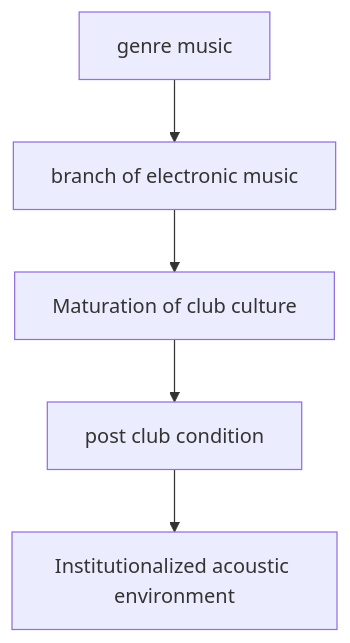
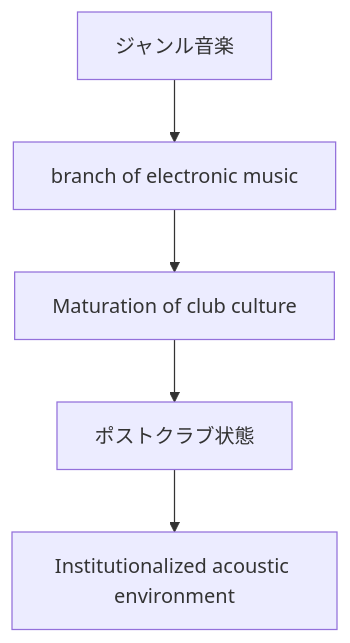
Diagram 11 of 11 in en/_posts/2026-06-30-column-influential-album-02.md (monumental-movement/monumental-movement.github.io), drawn with Mermaid before and after one commit. The commit also changed other lines of this file and 1012 other files, not shown here.

```diff
--- a/en/_posts/2026-06-30-column-influential-album-02.md
+++ b/en/_posts/2026-06-30-column-influential-album-02.md
@@ -1253,11 +1253,11 @@
 <div class="mermaid">
 flowchart TD
-A[genre music]
+A[ジャンル音楽]
 B[branch of electronic music]
 C[Maturation of club culture]
-D[post club condition]
+D[ポストクラブ状態]
 E[Institutionalized acoustic environment]
 
 A --> B --> C --> D --> E
 
 </div>
```
